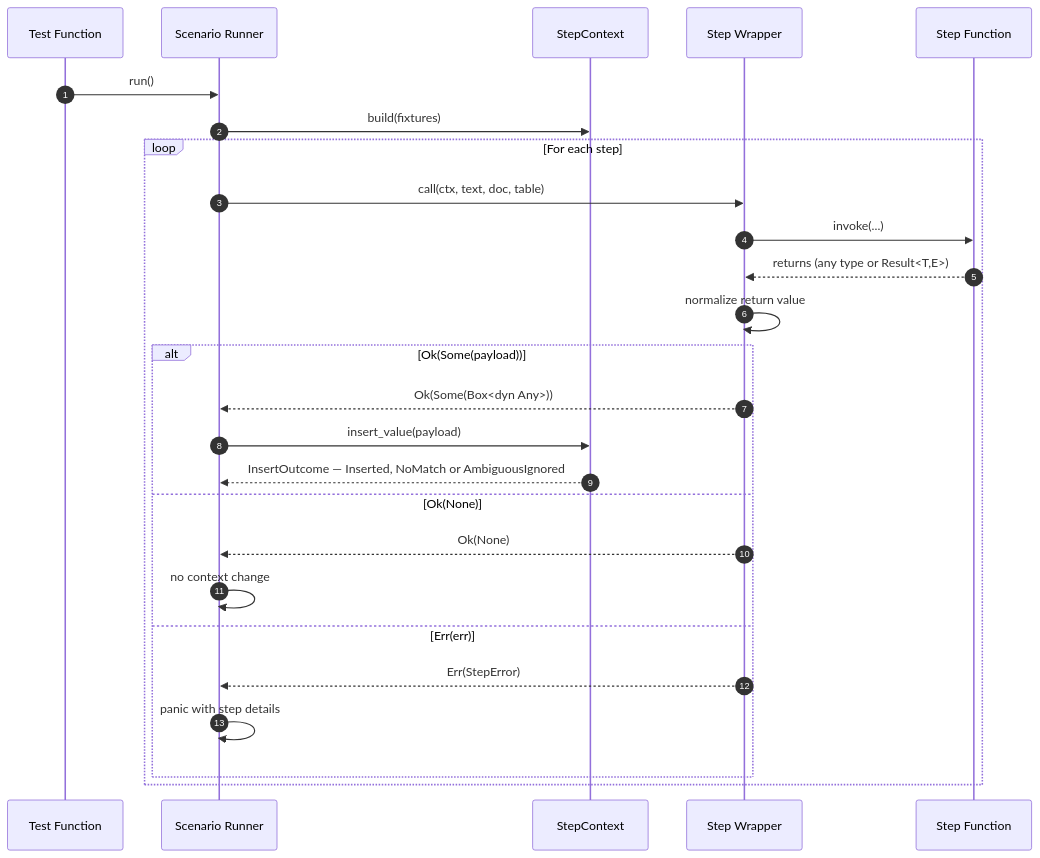
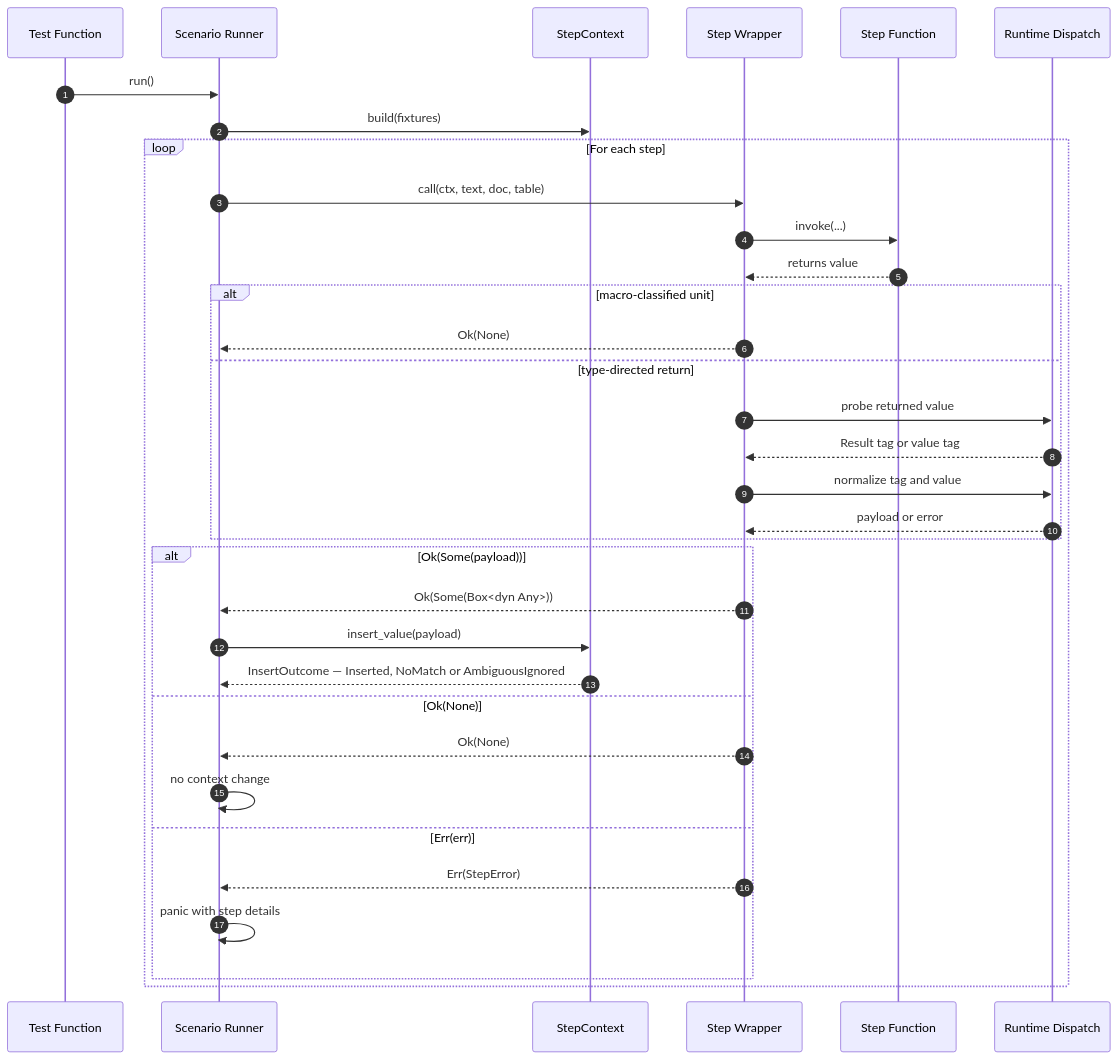
One commit to leynos/rstest-bdd changed diagram 18 of 21 in docs/rstest-bdd-design.md. Above: the diagram before and after it, drawn with Mermaid. The commit also changed other lines of this file and 53 other files, not shown here.

````diff
--- a/docs/rstest-bdd-design.md
+++ b/docs/rstest-bdd-design.md
@@ -2906,29 +2910,37 @@
 ```mermaid
 sequenceDiagram
   autonumber
   participant Test as Test Function
   participant Scenario as Scenario Runner
   participant Ctx as StepContext
   participant Wrap as Step Wrapper
   participant Step as Step Function
+  participant Dispatch as Runtime Dispatch
 
   Test->>Scenario: run()
   Scenario->>Ctx: build(fixtures)
   loop For each step
     Scenario->>Wrap: call(ctx, text, doc, table)
     Wrap->>Step: invoke(...)
-    Step-->>Wrap: returns (any type or Result<T,E>)
-    Wrap->>Wrap: normalize return value
+    Step-->>Wrap: returns value
+    alt macro-classified unit
+      Wrap-->>Scenario: Ok(None)
+    else type-directed return
+      Wrap->>Dispatch: probe returned value
+      Dispatch-->>Wrap: Result tag or value tag
+      Wrap->>Dispatch: normalize tag and value
+      Dispatch-->>Wrap: payload or error
+    end
     alt Ok(Some(payload))
       Wrap-->>Scenario: Ok(Some(Box<dyn Any>))
       Scenario->>Ctx: insert_value(payload)
       Ctx-->>Scenario: InsertOutcome — Inserted, NoMatch or AmbiguousIgnored
     else Ok(None)
       Wrap-->>Scenario: Ok(None)
       Scenario->>Scenario: no context change
     else Err(err)
       Wrap-->>Scenario: Err(StepError)
       Scenario->>Scenario: panic with step details
     end
   end
 ```
````
